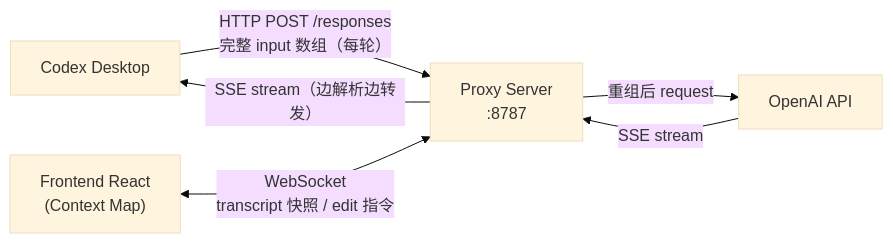
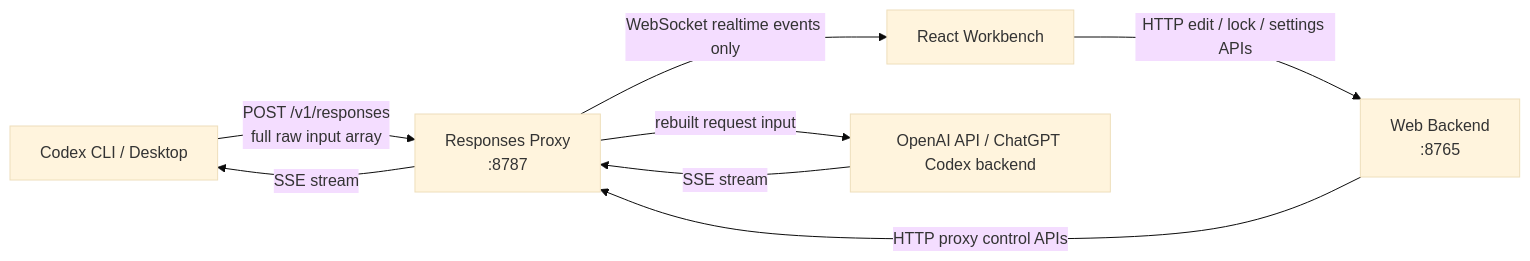
The first of 7 diagrams in docs/architecture.md (HaShiShark/codex-context-studio), drawn with Mermaid (base theme) before and after one commit. The commit also changed other lines of this file and 48 other files, not shown here.

````diff
--- a/docs/architecture.md
+++ b/docs/architecture.md
@@ -5,13 +5,17 @@
 ```mermaid
 flowchart LR
-    CD["Codex Desktop"]
-    PX["Proxy Server\n:8787"]
-    OAI["OpenAI API"]
-    FE["Frontend React\n(Context Map)"]
+    CD["Codex CLI / Desktop"]
+    PX["Responses Proxy\n:8787"]
+    WEB["Web Backend\n:8765"]
+    FE["React Workbench"]
+    OAI["OpenAI API / ChatGPT Codex backend"]
 
-    CD -- "HTTP POST /responses\n完整 input 数组（每轮）" --> PX
-    PX -- "重组后 request" --> OAI
+    CD -- "POST /v1/responses\nfull raw input array" --> PX
+    PX -- "rebuilt request input" --> OAI
     OAI -- "SSE stream" --> PX
-    PX -- "SSE stream（边解析边转发）" --> CD
-    FE <-- "WebSocket\ntranscript 快照 / edit 指令" --> PX
+    PX -- "SSE stream" --> CD
+
+    FE -- "HTTP edit / lock / settings APIs" --> WEB
+    WEB -- "HTTP proxy control APIs" --> PX
+    PX -- "WebSocket realtime events only" --> FE
 ```
````
